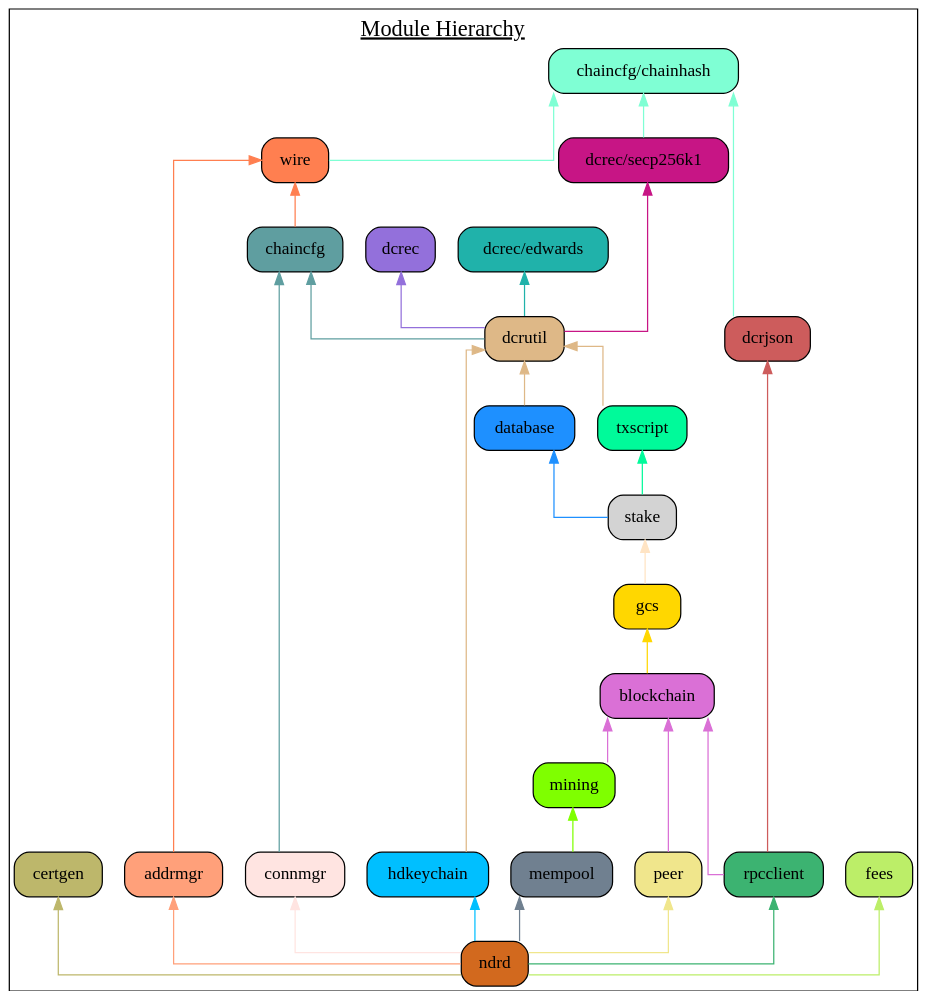
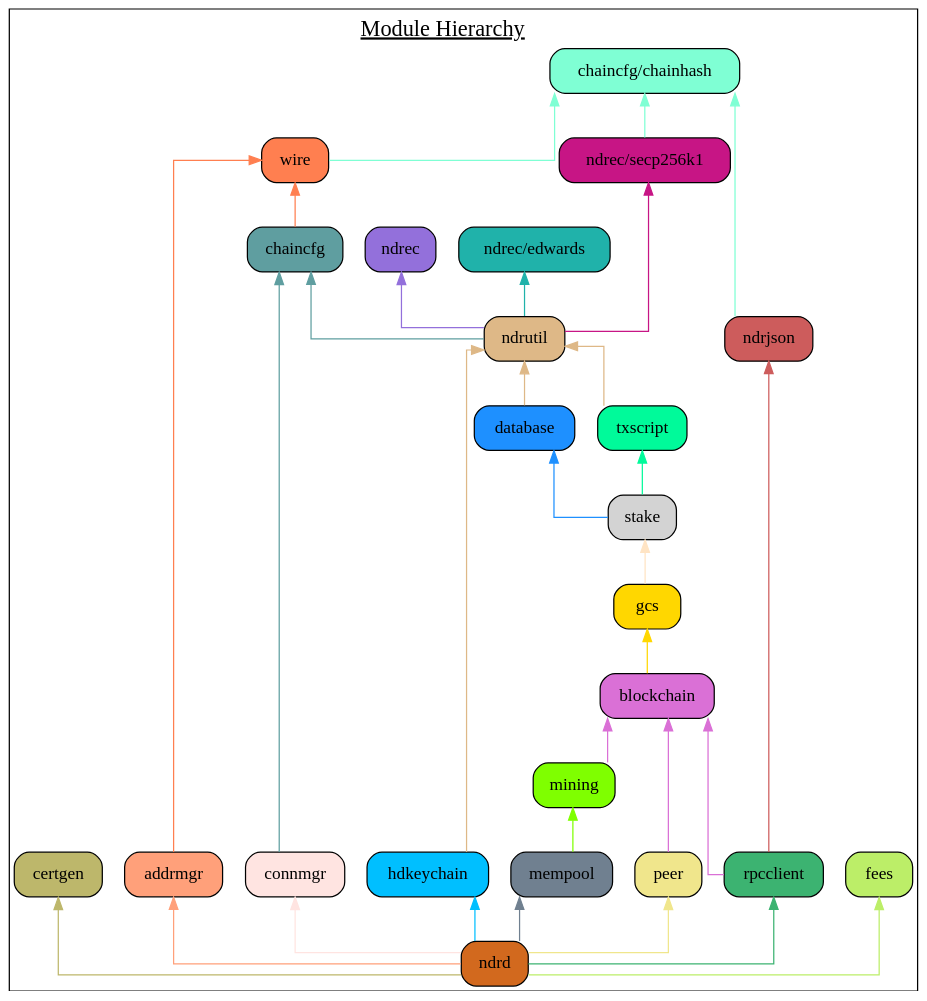
One commit to endurio/foundation-daemon changed the diagram in docs/assets/module_hierarchy.gv. Above: the diagram before and after it, drawn with Graphviz. The commit also changed 325 other files, not shown here.

```diff
--- a/docs/assets/module_hierarchy.gv
+++ b/docs/assets/module_hierarchy.gv
@@ -1,62 +1,62 @@
 digraph {
 	graph [splines=ortho colorscheme=svg label=<<u>Module Hierarchy</u>> labelloc=t fontsize=18.0]
 	node [shape=box style="filled, rounded"]
 
 	certgen [label="certgen" fillcolor=darkkhaki]
 	chainhash [label="chaincfg/chainhash" fillcolor=aquamarine]
-	dcrjson [label="dcrjson" fillcolor=indianred]
+	ndrjson [label="ndrjson" fillcolor=indianred]
 	wire [label="wire" fillcolor=coral]
 	addrmgr [label="addrmgr" fillcolor=lightsalmon]
 	chaincfg [label="chaincfg" fillcolor=cadetblue]
 	connmgr [label="connmgr" fillcolor=mistyrose]
-	dcrec [label="dcrec" fillcolor=mediumpurple]
-	edwards [label="dcrec/edwards" fillcolor=lightseagreen]
-	secp256k1 [label="dcrec/secp256k1" fillcolor=mediumvioletred]
-	dcrutil [label="dcrutil" fillcolor=burlywood]
+	ndrec [label="ndrec" fillcolor=mediumpurple]
+	edwards [label="ndrec/edwards" fillcolor=lightseagreen]
+	secp256k1 [label="ndrec/secp256k1" fillcolor=mediumvioletred]
+	ndrutil [label="ndrutil" fillcolor=burlywood]
 	database [label="database" fillcolor=dodgerblue]
 	hdkeychain [label="hdkeychain" fillcolor=deepskyblue]
 	txscript [label="txscript" fillcolor=mediumspringgreen]
 	gcs [label="gcs" fillcolor=gold]
 	blockchain [label="blockchain" fillcolor=orchid]
 	mempool [label="mempool" fillcolor=slategray]
 	mining [label="mining" fillcolor=chartreuse]
 	peer [label="peer" fillcolor=khaki]
 	rpcclient [label="rpcclient" fillcolor=mediumseagreen]
 	fees [label="fees" fillcolor=darkolivegreen2]
 	ndrd [label="ndrd" fillcolor=chocolate]
 
 	{rank=same connmgr addrmgr hdkeychain peer rpcclient mempool}
 
 	certgen
-	chainhash -> dcrjson [dir=back color=aquamarine]
+	chainhash -> ndrjson [dir=back color=aquamarine]
 	chainhash -> wire [dir=back color=aquamarine]
 	wire -> addrmgr [dir=back color=coral]
 	wire -> chaincfg [dir=back color=coral]
 	chaincfg -> connmgr [dir=back color=cadetblue]
 	chainhash -> secp256k1 [dir=back color=aquamarine]
-	chaincfg -> dcrutil [dir=back color=cadetblue]
-	dcrec -> dcrutil [dir=back color=mediumpurple]
-	edwards ->  dcrutil [dir=back color=lightseagreen]
-	secp256k1 ->  dcrutil [dir=back color=mediumvioletred]
-	dcrutil -> database [dir=back color=burlywood]
-	dcrutil -> hdkeychain [dir=back color=burlywood]
-	dcrutil -> txscript [dir=back color=burlywood]
+	chaincfg -> ndrutil [dir=back color=cadetblue]
+	ndrec -> ndrutil [dir=back color=mediumpurple]
+	edwards ->  ndrutil [dir=back color=lightseagreen]
+	secp256k1 ->  ndrutil [dir=back color=mediumvioletred]
+	ndrutil -> database [dir=back color=burlywood]
+	ndrutil -> hdkeychain [dir=back color=burlywood]
+	ndrutil -> txscript [dir=back color=burlywood]
 	database ->  stake [dir=back color=dodgerblue]
 	txscript -> stake [dir=back color=mediumspringgreen]
 	stake -> gcs [dir=back color=bisque]
 	gcs -> blockchain [dir=back color=gold]
 	blockchain -> mining [dir=back color=orchid]
 	mining -> mempool [dir=back color=chartreuse]
 	blockchain -> peer [dir=back color=orchid]
 	blockchain -> rpcclient [dir=back color=orchid]
-	dcrjson -> rpcclient [dir=back color=indianred]
+	ndrjson -> rpcclient [dir=back color=indianred]
 
 	fees -> ndrd [dir=back color=darkolivegreen2]
 	mempool -> ndrd [dir=back color=slategray]
 	certgen -> ndrd [dir=back color=darkkhaki]
 	addrmgr -> ndrd [dir=back color=lightsalmon]
 	hdkeychain -> ndrd [dir=back color=deepskyblue]
 	connmgr -> ndrd [dir=back color=mistyrose]
 	rpcclient -> ndrd [dir=back color=mediumseagreen]
 	peer -> ndrd [dir=back color=khaki]
 }
```
